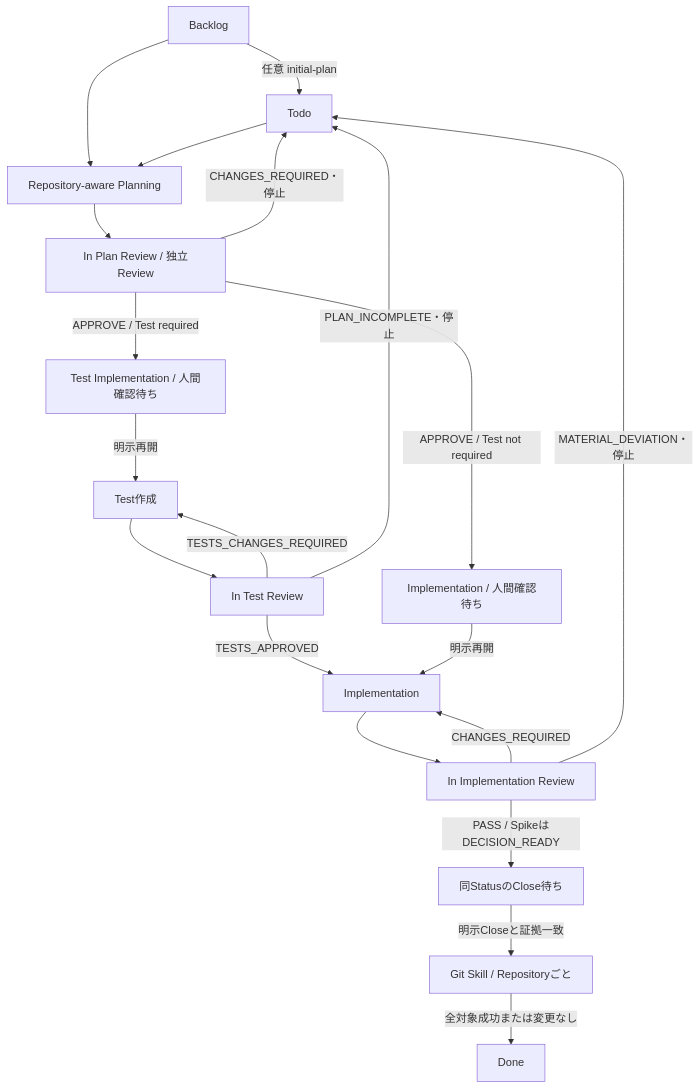
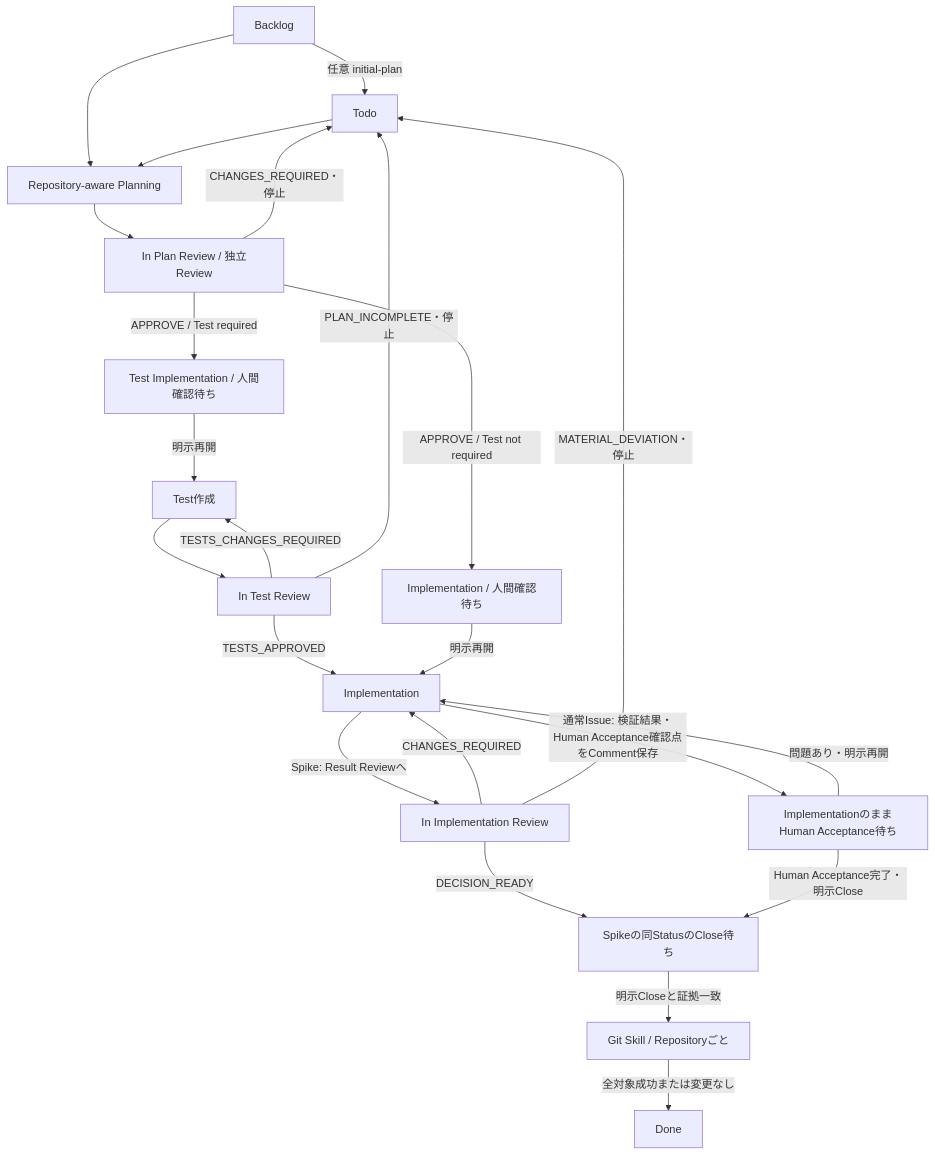
Before and after one commit to hnishim/harness: the first of 3 diagrams in agent-development-workflow.md, drawn with Mermaid. The commit also changed other lines of this file and 6 other files, not shown here.

Commit message:
simplify implementation-loop close flow

````diff
--- a/agent-development-workflow.md
+++ b/agent-development-workflow.md
@@ -90,22 +90,25 @@
 ```mermaid
 flowchart TD
     B[Backlog] -->|任意 initial-plan| T[Todo]
     B --> P[Repository-aware Planning]
     T --> P
     P --> PR[In Plan Review / 独立Review]
     PR -->|CHANGES_REQUIRED・停止| T
     PR -->|APPROVE / Test required| TW[Test Implementation / 人間確認待ち]
     PR -->|APPROVE / Test not required| IW[Implementation / 人間確認待ち]
     TW -->|明示再開| TI[Test作成]
     TI --> TR[In Test Review]
     TR -->|TESTS_CHANGES_REQUIRED| TI
     TR -->|PLAN_INCOMPLETE・停止| T
     TR -->|TESTS_APPROVED| I[Implementation]
     IW -->|明示再開| I
-    I --> IR[In Implementation Review]
+    I -->|通常Issue: 検証結果・Human Acceptance確認点をComment保存| HA[ImplementationのままHuman Acceptance待ち]
+    HA -->|問題あり・明示再開| I
+    I -->|Spike: Result Reviewへ| IR[In Implementation Review]
     IR -->|CHANGES_REQUIRED| I
     IR -->|MATERIAL_DEVIATION・停止| T
-    IR -->|PASS / SpikeはDECISION_READY| W[同StatusのClose待ち]
+    IR -->|DECISION_READY| W[Spikeの同StatusのClose待ち]
+    HA -->|Human Acceptance完了・明示Close| W
     W -->|明示Closeと証拠一致| G[Git Skill / Repositoryごと]
     G -->|全対象成功または変更なし| D[Done]
 ```
````
